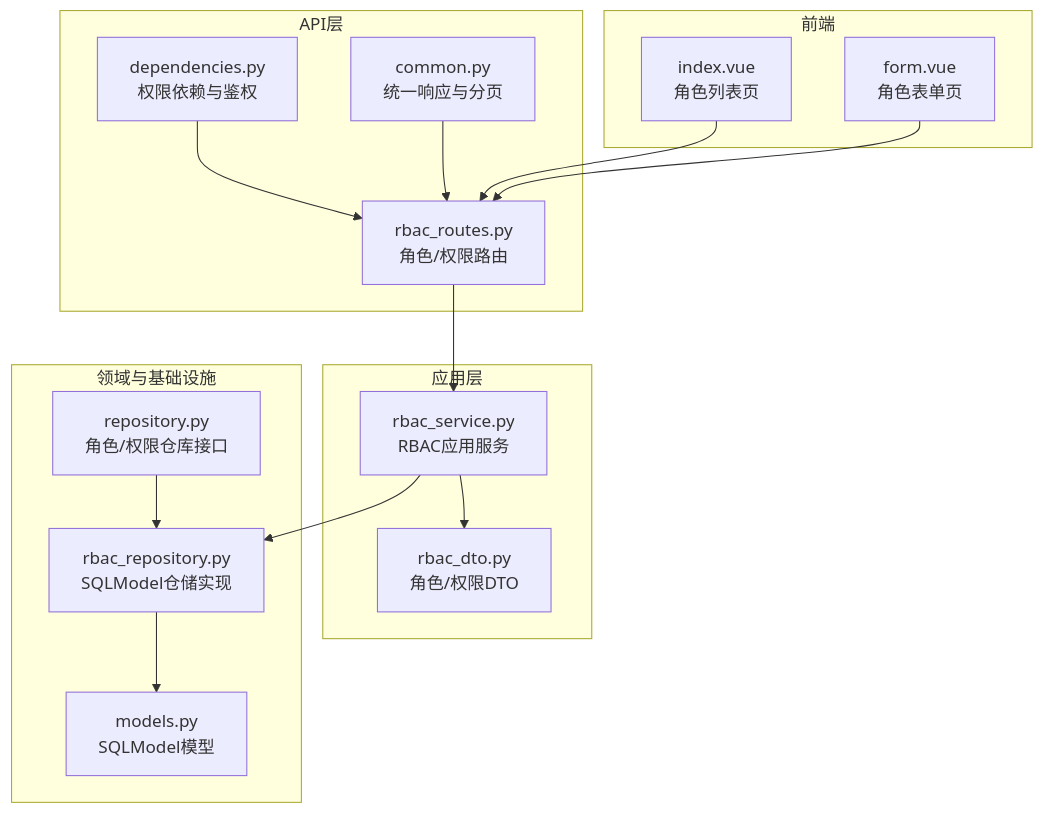
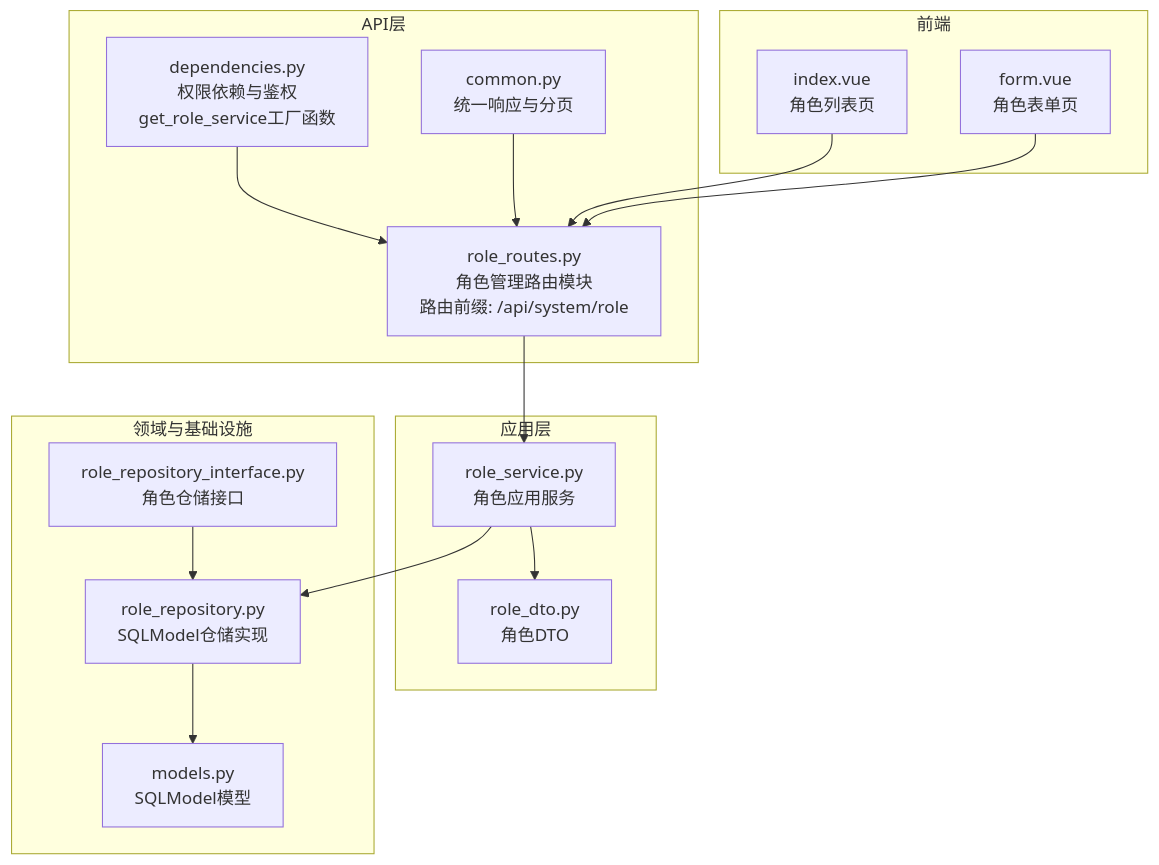
One commit to taoweidong/Hello-FastApi changed the first of 6 diagrams in .qoder/repowiki/zh/content/项目概述/核心特性/RBAC 权限控制/角色管理.md. Above: the diagram before and after it, drawn with Mermaid. The commit also changed other lines of this file and 9 other files, not shown here.

````diff
--- a/.qoder/repowiki/zh/content/项目概述/核心特性/RBAC 权限控制/角色管理.md
+++ b/.qoder/repowiki/zh/content/项目概述/核心特性/RBAC 权限控制/角色管理.md
@@ -40,30 +50,30 @@
 ```mermaid
 graph TB
 subgraph "API层"
-R["rbac_routes.py<br/>角色/权限路由"]
-D["dependencies.py<br/>权限依赖与鉴权"]
+R["role_routes.py<br/>角色管理路由模块<br/>路由前缀: /api/system/role"]
+D["dependencies.py<br/>权限依赖与鉴权<br/>get_role_service工厂函数"]
 C["common.py<br/>统一响应与分页"]
 end
 subgraph "应用层"
-S["rbac_service.py<br/>RBAC应用服务"]
-DTO["rbac_dto.py<br/>角色/权限DTO"]
+S["role_service.py<br/>角色应用服务"]
+DTO["role_dto.py<br/>角色DTO"]
 end
 subgraph "领域与基础设施"
-IF["repository.py<br/>角色/权限仓库接口"]
-REPO["rbac_repository.py<br/>SQLModel仓储实现"]
+IF["role_repository_interface.py<br/>角色仓储接口"]
+REPO["role_repository.py<br/>SQLModel仓储实现"]
 M["models.py<br/>SQLModel模型"]
 end
 subgraph "前端"
 V1["index.vue<br/>角色列表页"]
 V2["form.vue<br/>角色表单页"]
 end
 R --> S
 S --> DTO
 S --> REPO
 REPO --> M
 IF --> REPO
 D --> R
 C --> R
 V1 --> R
 V2 --> R
 ```
````
